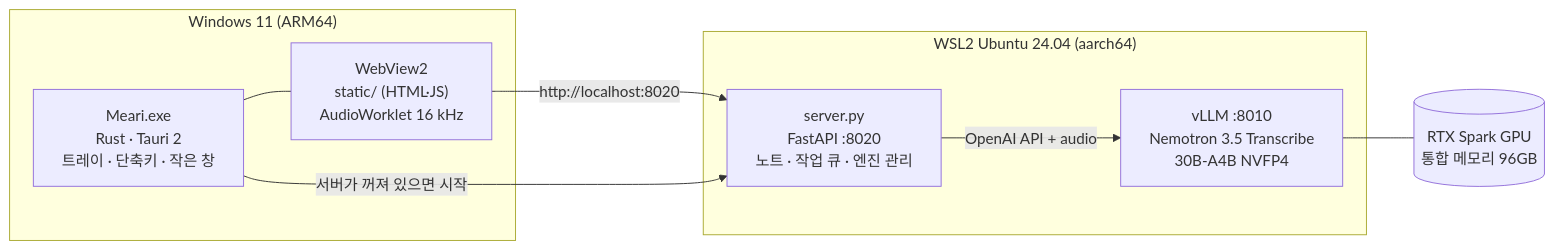
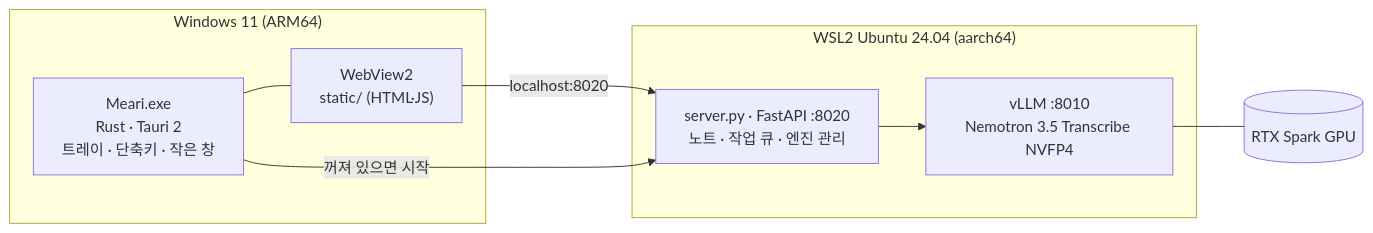
One commit to ajh1004ajh00/meari changed the diagram in README.md. Above: the diagram before and after it, drawn with Mermaid. The commit also changed other lines of this file and 8 other files, not shown here.

````diff
--- a/README.md
+++ b/README.md
@@ -36,16 +85,16 @@
 ```mermaid
 flowchart LR
   subgraph Windows["Windows 11 (ARM64)"]
     APP["Meari.exe<br/>Rust · Tauri 2<br/>트레이 · 단축키 · 작은 창"]
-    WV["WebView2<br/>static/ (HTML·JS)<br/>AudioWorklet 16 kHz"]
+    WV["WebView2<br/>static/ (HTML·JS)"]
     APP --- WV
   end
   subgraph WSL["WSL2 Ubuntu 24.04 (aarch64)"]
-    SRV["server.py<br/>FastAPI :8020<br/>노트 · 작업 큐 · 엔진 관리"]
-    ENG["vLLM :8010<br/>Nemotron 3.5 Transcribe<br/>30B-A4B NVFP4"]
-    SRV -->|OpenAI API + audio| ENG
+    SRV["server.py · FastAPI :8020<br/>노트 · 작업 큐 · 엔진 관리"]
+    ENG["vLLM :8010<br/>Nemotron 3.5 Transcribe NVFP4"]
+    SRV --> ENG
   end
-  WV -->|http://localhost:8020| SRV
-  APP -->|서버가 꺼져 있으면 시작| SRV
-  ENG --- GPU[("RTX Spark GPU<br/>통합 메모리 96GB")]
+  WV -->|localhost:8020| SRV
+  APP -->|꺼져 있으면 시작| SRV
+  ENG --- GPU[("RTX Spark GPU")]
 ```
````
